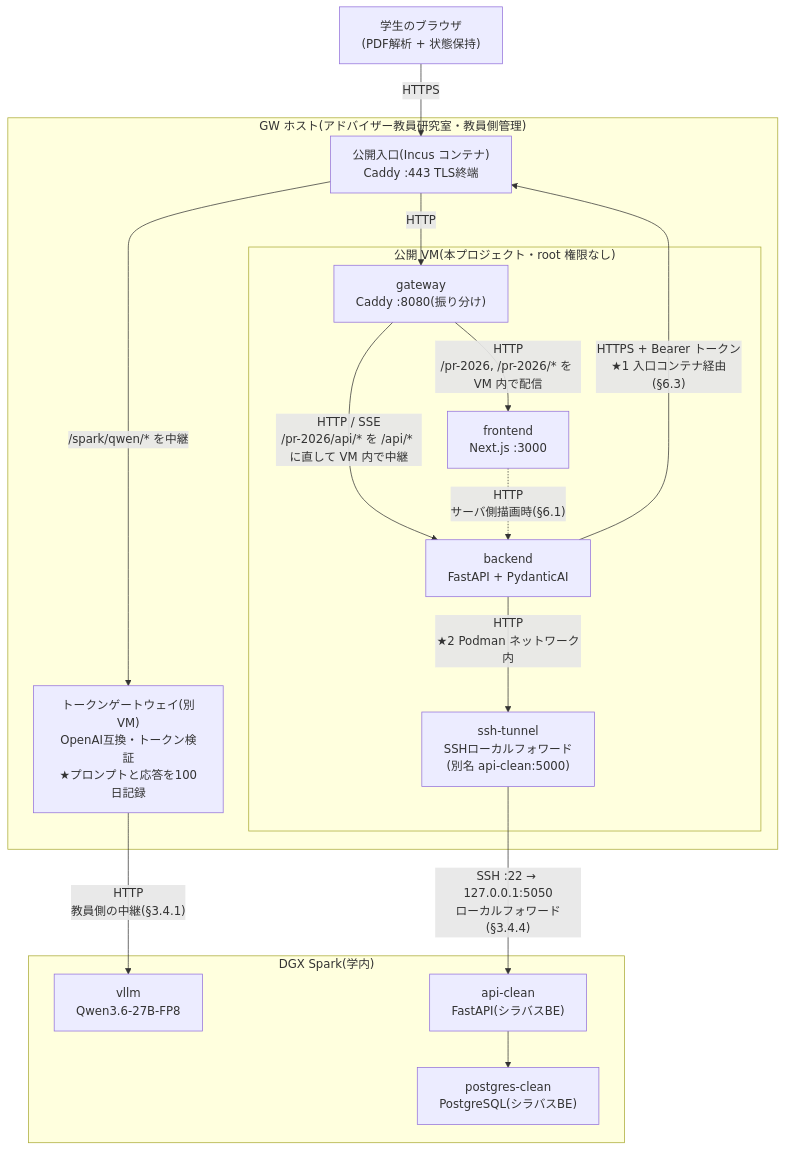
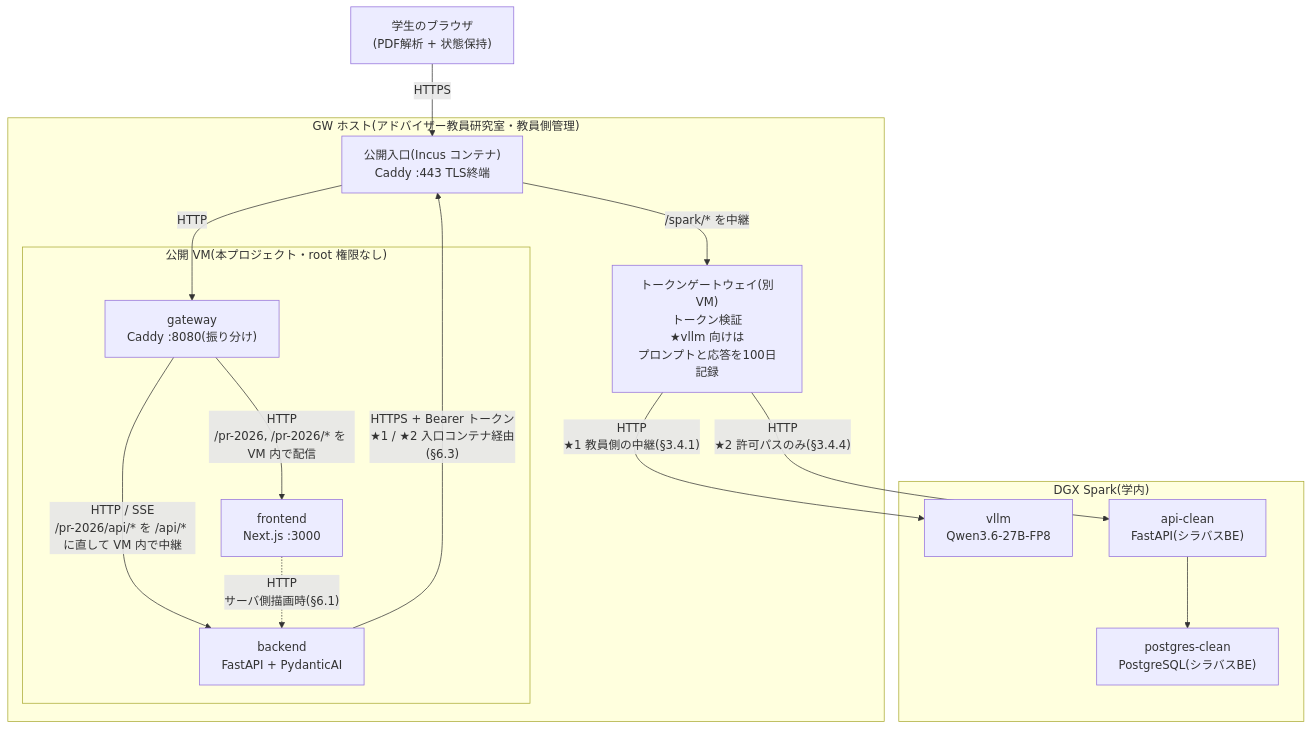
Before and after one commit to ProjectResearch2026/Syllabel: the diagram in docs/design/01-architecture.md, drawn with Mermaid. The commit also changed other lines of this file and 7 other files, not shown here.

````diff
--- a/docs/design/01-architecture.md
+++ b/docs/design/01-architecture.md
@@ -73,35 +72,33 @@
 ```mermaid
 %% エッジラベルは必ず "..." で囲む。丸括弧を裸で書くと GitHub 上で
 %% parse エラー(Unable to render rich display)になる。
 flowchart TB
     Browser["学生のブラウザ<br/>(PDF解析 + 状態保持)"]
 
     subgraph GWH["GW ホスト(アドバイザー教員研究室・教員側管理)"]
       Edge["公開入口(Incus コンテナ)<br/>Caddy :443 TLS終端"]
-      TokenGW["トークンゲートウェイ(別VM)<br/>OpenAI互換・トークン検証<br/>★プロンプトと応答を100日記録"]
+      TokenGW["トークンゲートウェイ(別VM)<br/>トークン検証<br/>★vllm 向けは<br/>プロンプトと応答を100日記録"]
       subgraph VM["公開 VM(本プロジェクト・root 権限なし)"]
         Gateway["gateway<br/>Caddy :8080(振り分け)"]
         Frontend["frontend<br/>Next.js :3000"]
         Backend["backend<br/>FastAPI + PydanticAI"]
-        Tunnel["ssh-tunnel<br/>SSHローカルフォワード<br/>(別名 api-clean:5000)"]
       end
     end
 
     subgraph DGX["DGX Spark(学内)"]
       VLLM["vllm<br/>Qwen3.6-27B-FP8"]
       APIClean["api-clean<br/>FastAPI(シラバスBE)"]
       PG["postgres-clean<br/>PostgreSQL(シラバスBE)"]
     end
 
     Browser -->|"HTTPS"| Edge
     Edge -->|"HTTP"| Gateway
     Gateway -->|"HTTP<br/>/pr-2026, /pr-2026/* を VM 内で配信"| Frontend
     Gateway -->|"HTTP / SSE<br/>/pr-2026/api/* を /api/* に直して VM 内で中継"| Backend
     Frontend -.->|"HTTP<br/>サーバ側描画時(§6.1)"| Backend
-    Backend -->|"HTTPS + Bearer トークン<br/>★1 入口コンテナ経由(§6.3)"| Edge
-    Edge -->|"/spark/qwen/* を中継"| TokenGW
-    TokenGW -->|"HTTP<br/>教員側の中継(§3.4.1)"| VLLM
-    Backend -->|"HTTP<br/>★2 Podman ネットワーク内"| Tunnel
-    Tunnel -->|"SSH :22 → 127.0.0.1:5050<br/>ローカルフォワード(§3.4.4)"| APIClean
+    Backend -->|"HTTPS + Bearer トークン<br/>★1 / ★2 入口コンテナ経由(§6.3)"| Edge
+    Edge -->|"/spark/* を中継"| TokenGW
+    TokenGW -->|"HTTP<br/>★1 教員側の中継(§3.4.1)"| VLLM
+    TokenGW -->|"HTTP<br/>★2 許可パスのみ(§3.4.4)"| APIClean
     APIClean --> PG
 ```
````
